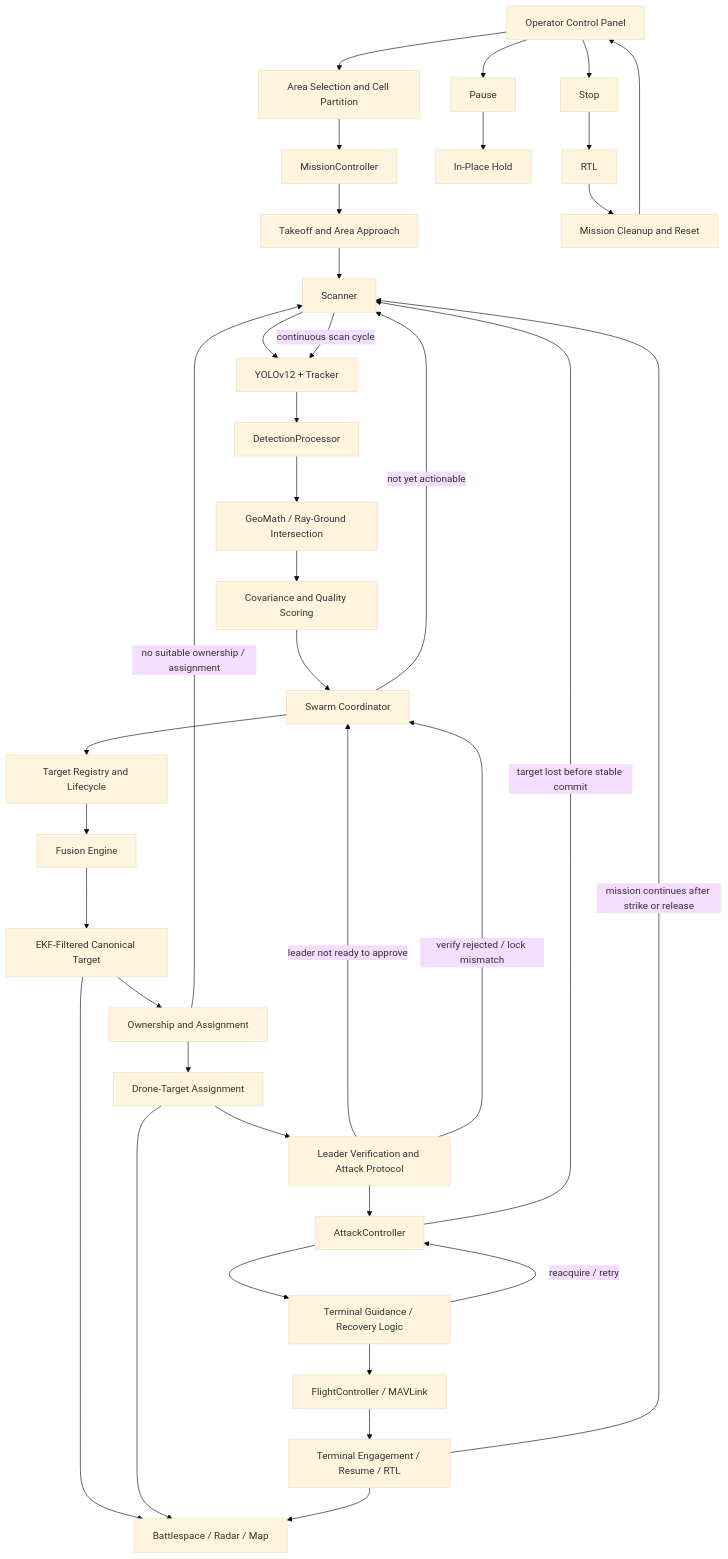
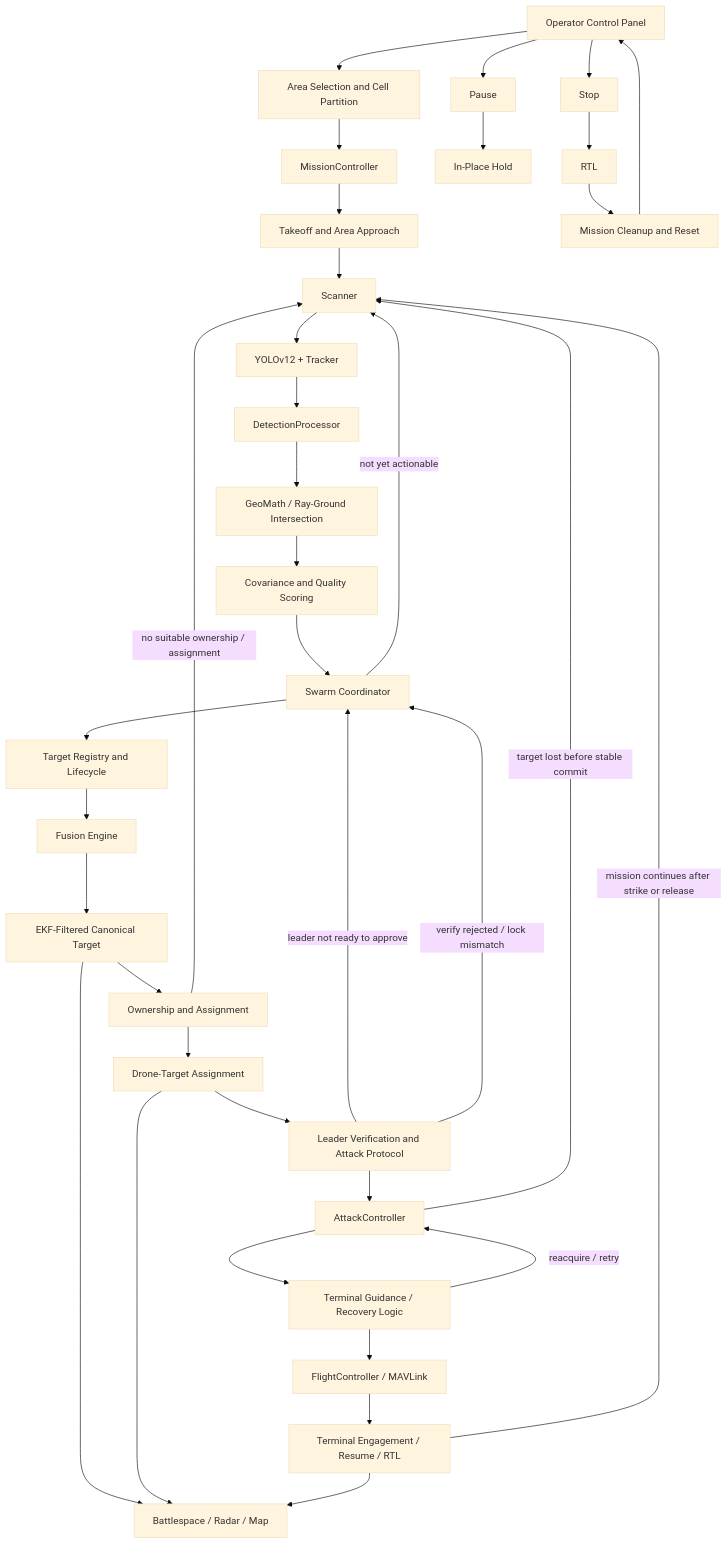
Before and after one commit to koesan/ORCUS: the first of 4 diagrams in README.md, drawn with Mermaid (base theme). The commit also changed other lines of this file, not shown here.

````diff
--- a/README.md
+++ b/README.md
@@ -70,43 +70,42 @@
 ```mermaid
 flowchart TD
     A[Operator Control Panel] --> B[Area Selection and Cell Partition]
     B --> C[MissionController]
     C --> D[Takeoff and Area Approach]
     D --> E[Scanner]
     E --> F[YOLOv12 + Tracker]
     F --> G[DetectionProcessor]
     G --> H[GeoMath / Ray-Ground Intersection]
     H --> I[Covariance and Quality Scoring]
     I --> J[Swarm Coordinator]
 
     J --> K[Target Registry and Lifecycle]
     K --> L[Fusion Engine]
     L --> M[EKF-Filtered Canonical Target]
     M --> N[Ownership and Assignment]
     N --> O[Drone-Target Assignment]
     O --> P[Leader Verification and Attack Protocol]
     P --> Q[AttackController]
     Q --> R[Terminal Guidance / Recovery Logic]
     R --> S[FlightController / MAVLink]
     S --> T[Terminal Engagement / Resume / RTL]
 
     M --> U[Battlespace / Radar / Map]
     O --> U
     T --> U
 
-    E -->|continuous scan cycle| F
     J -->|not yet actionable| E
     N -->|no suitable ownership / assignment| E
     P -->|leader not ready to approve| J
     P -->|verify rejected / lock mismatch| J
     Q -->|target lost before stable commit| E
     R -->|reacquire / retry| Q
     T -->|mission continues after strike or release| E
 
     A --> V[Pause]
     A --> W[Stop]
     V --> X[In-Place Hold]
     W --> Y[RTL]
     Y --> Z[Mission Cleanup and Reset]
     Z --> A
 ```
````
